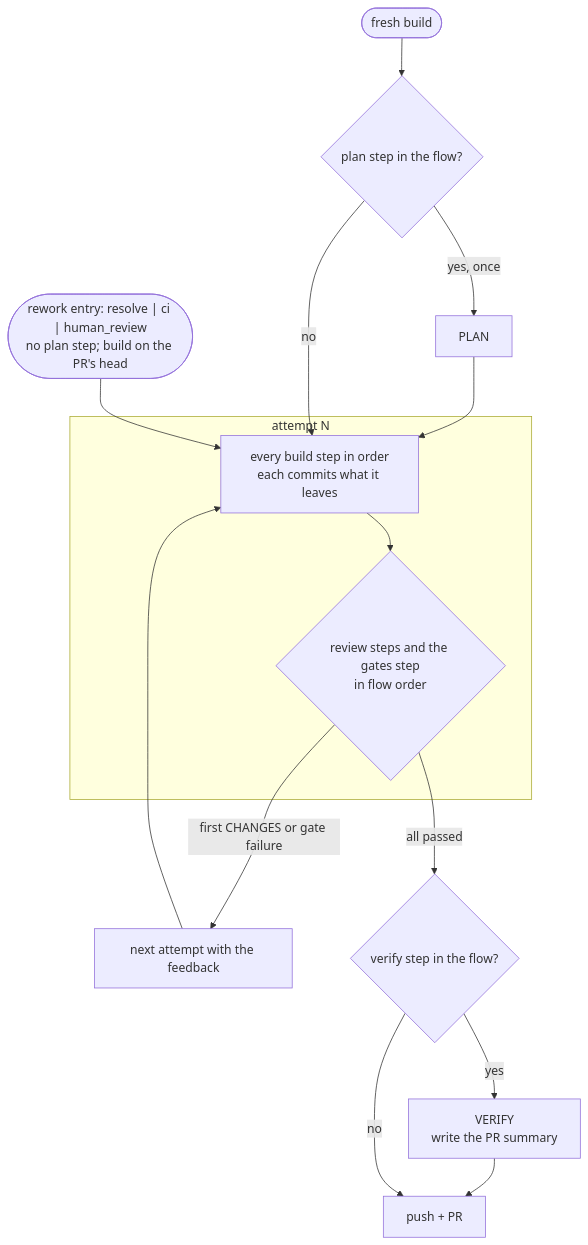
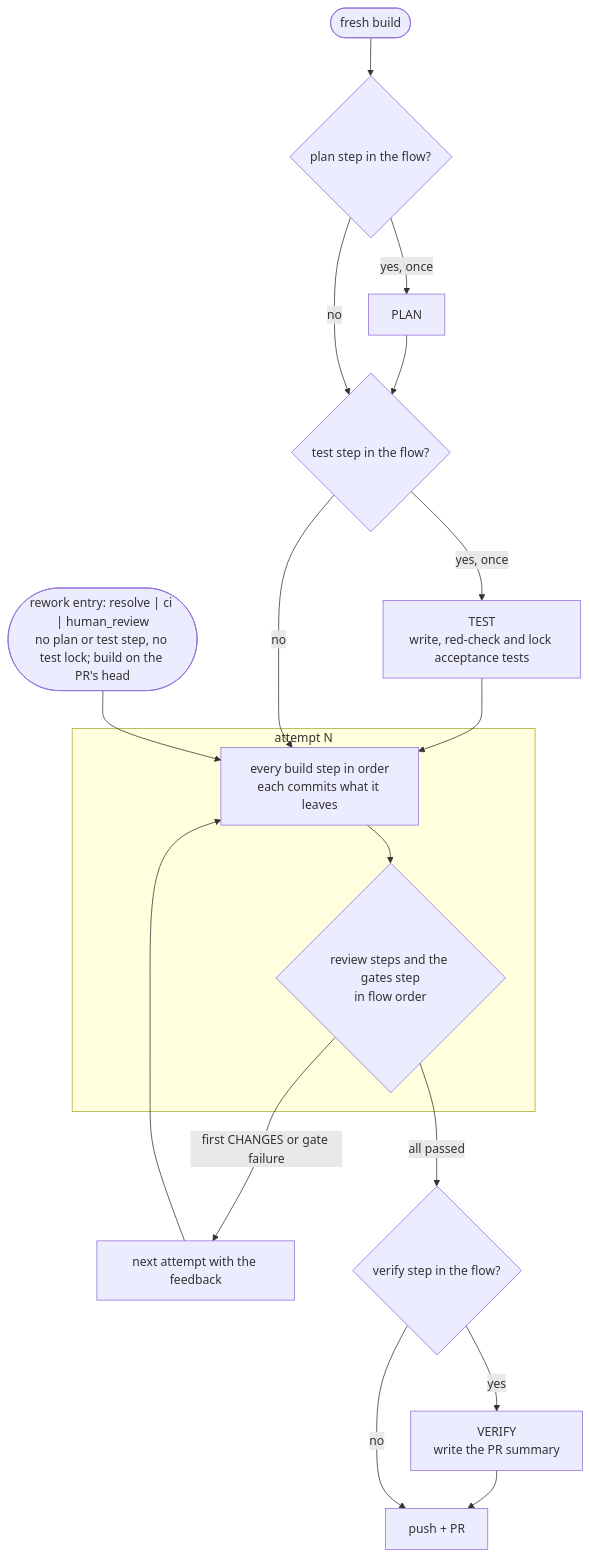
Before and after one commit to PaddyMc/software-factory: the eighth of 8 diagrams in docs/architecture.md, drawn with Mermaid. The commit also changed other lines of this file and 7 other files, not shown here.

First line of the commit message:
factory(strict-flow-t09): docs/architecture.md, docs/reference.md,…

````diff
--- a/docs/architecture.md
+++ b/docs/architecture.md
@@ -434,14 +442,17 @@
 ```mermaid
 flowchart TD
   fresh(["fresh build"]) --> plan{"plan step in the flow?"}
-  plan -->|"yes, once"| p["PLAN"] --> builds
-  plan -->|"no"| builds
-  rework(["rework entry: resolve | ci | human_review<br/>no plan step; build on the PR's head"]) --> builds
+  plan -->|"yes, once"| p["PLAN"]
+  p --> tests{"test step in the flow?"}
+  plan -->|"no"| tests
+  tests -->|"yes, once"| t["TEST<br/>write, red-check and lock acceptance tests"] --> builds
+  tests -->|"no"| builds
+  rework(["rework entry: resolve | ci | human_review<br/>no plan or test step, no test lock; build on the PR's head"]) --> builds
   subgraph attempt["attempt N"]
     builds["every build step in order<br/>each commits what it leaves"] --> checks{"review steps and the gates step<br/>in flow order"}
   end
   checks -->|"first CHANGES or gate failure"| feedback["next attempt with the feedback"] --> builds
   checks -->|"all passed"| verify{"verify step in the flow?"}
   verify -->|"yes"| report["VERIFY<br/>write the PR summary"] --> push["push + PR"]
   verify -->|"no"| push
 ```
````
